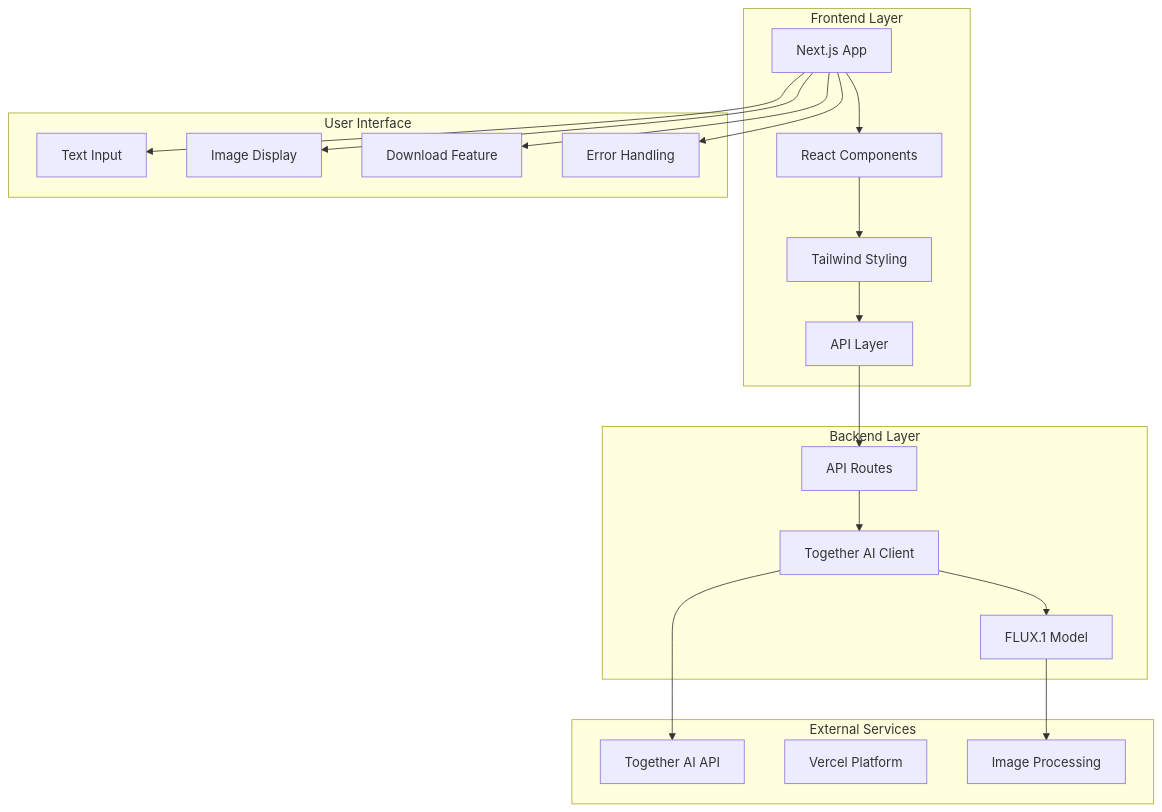
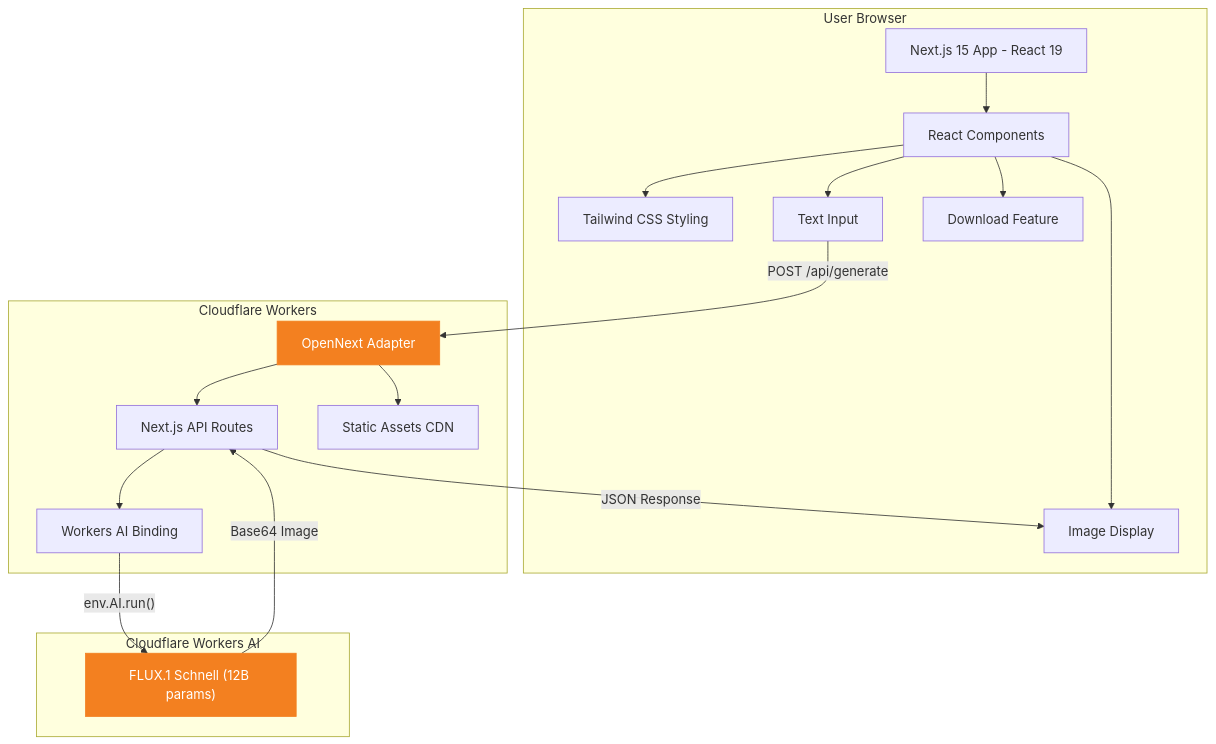
One commit to ChanMeng666/image-generator changed the first of 3 diagrams in README.md. Above: the diagram before and after it, drawn with Mermaid. The commit also changed other lines of this file, not shown here.

First line of the commit message:
docs: update README for Cloudflare Workers + Workers AI migration

````diff
--- a/README.md
+++ b/README.md
@@ -258,35 +258,28 @@
 ```mermaid
 graph TB
-    subgraph "Frontend Layer"
-        A[Next.js App] --> B[React Components]
-        B --> C[Tailwind Styling]
-        C --> D[API Layer]
+    subgraph "User Browser"
+        A[Next.js 15 App - React 19] --> B[React Components]
+        B --> C[Tailwind CSS Styling]
+        B --> K[Text Input]
+        B --> L[Image Display]
+        B --> M[Download Feature]
     end
-    
-    subgraph "Backend Layer"
-        E[API Routes] --> F[Together AI Client]
-        F --> G[FLUX.1 Model]
+
+    subgraph "Cloudflare Workers"
+        D[OpenNext Adapter] --> E[Next.js API Routes]
+        E --> F[Workers AI Binding]
+        D --> G[Static Assets CDN]
     end
-    
-    subgraph "External Services"
-        H[Together AI API]
-        I[Vercel Platform]
-        J[Image Processing]
+
+    subgraph "Cloudflare Workers AI"
+        H["FLUX.1 Schnell (12B params)"]
     end
-    
-    D --> E
-    F --> H
-    G --> J
-    
-    subgraph "User Interface"
-        K[Text Input]
-        L[Image Display]
-        M[Download Feature]
-        N[Error Handling]
-    end
-    
-    A --> K
-    A --> L
-    A --> M
-    A --> N
+
+    K -->|POST /api/generate| D
+    F -->|"env.AI.run()"| H
+    H -->|Base64 Image| E
+    E -->|JSON Response| L
+
+    style H fill:#F38020,stroke:#F38020,color:#fff
+    style D fill:#F38020,stroke:#F38020,color:#fff
 ```
````
